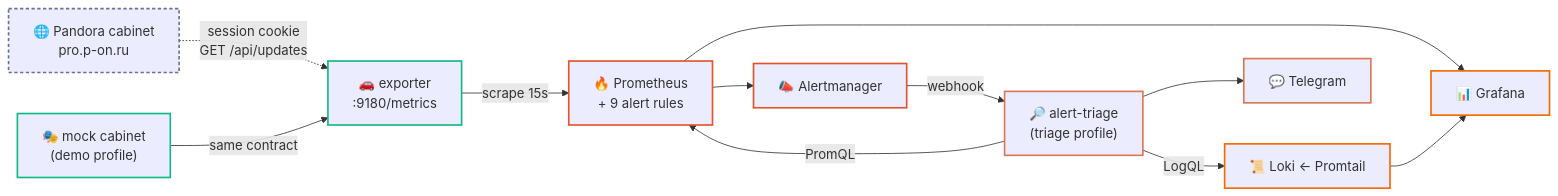
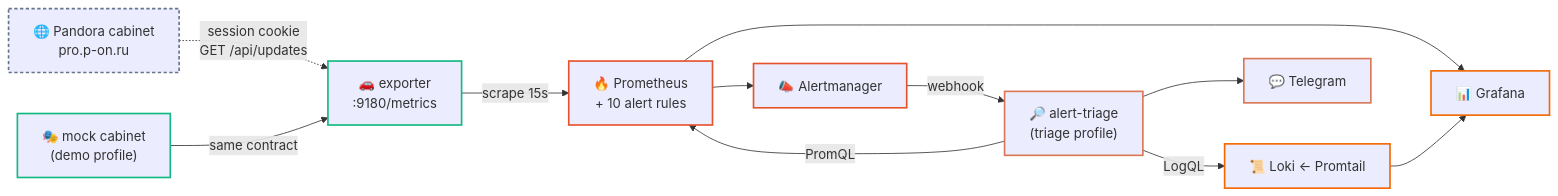
Before and after one commit to tobrazo/devops: the diagram in observability/vehicle-telemetry/README.md, drawn with Mermaid. The commit also changed other lines of this file and 7 other files, not shown here.

````diff
--- a/observability/vehicle-telemetry/README.md
+++ b/observability/vehicle-telemetry/README.md
@@ -54,30 +54,30 @@
 ```mermaid
 flowchart LR
   cab["🌐 Pandora cabinet<br/>pro.p-on.ru"]
   mock["🎭 mock cabinet<br/>(demo profile)"]
   exp["🚗 exporter<br/>:9180/metrics"]
-  prom["🔥 Prometheus<br/>+ 9 alert rules"]
+  prom["🔥 Prometheus<br/>+ 10 alert rules"]
   am["📣 Alertmanager"]
   agent["🔎 alert-triage<br/>(triage profile)"]
   loki["📜 Loki ← Promtail"]
   graf["📊 Grafana"]
   tg["💬 Telegram"]
 
   cab -.->|"session cookie<br/>GET /api/updates"| exp
   mock -->|same contract| exp
   exp -->|scrape 15s| prom
   prom --> am
   am -->|webhook| agent
   agent -->|"PromQL"| prom
   agent -->|"LogQL"| loki
   agent --> tg
   prom --> graf
   loki --> graf
 
   classDef ext stroke:#64748b,stroke-width:2px,stroke-dasharray:4 3;
   classDef app stroke:#10b981,stroke-width:2px;
   classDef obs stroke:#e6522c,stroke-width:2px;
   classDef viz stroke:#f46800,stroke-width:2px;
   classDef ai stroke:#d97757,stroke-width:2px;
   class cab ext; class mock,exp app; class prom,am obs; class loki,graf viz; class agent,tg ai;
 ```
````
